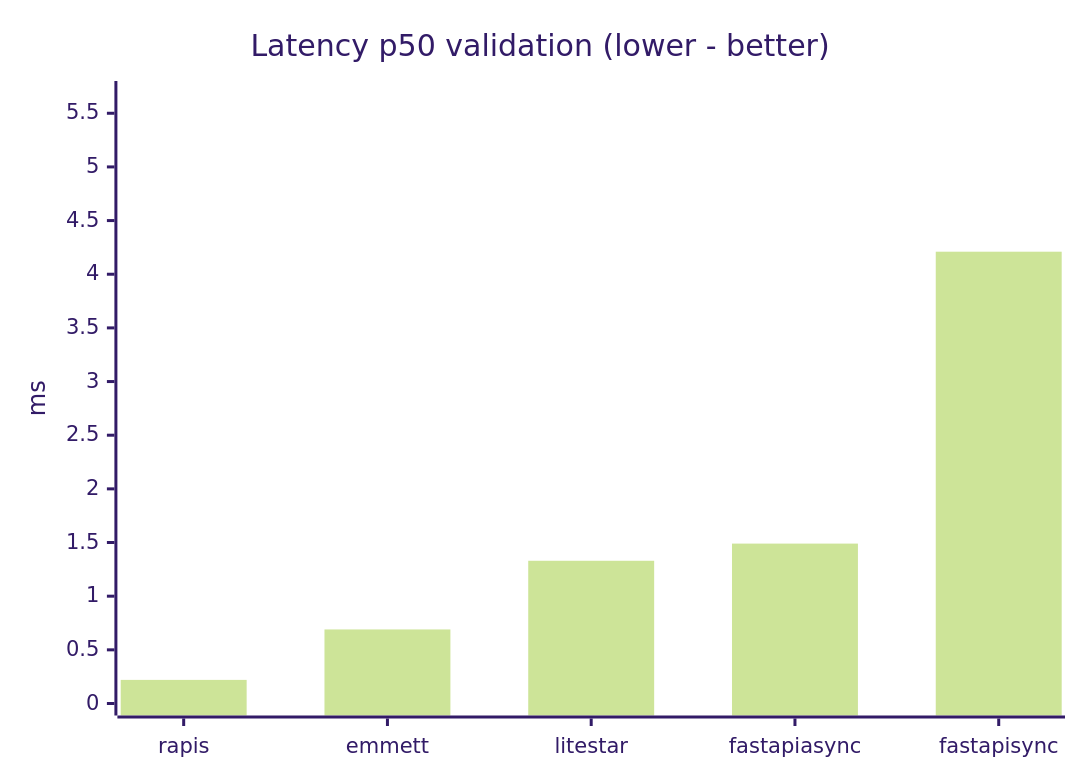
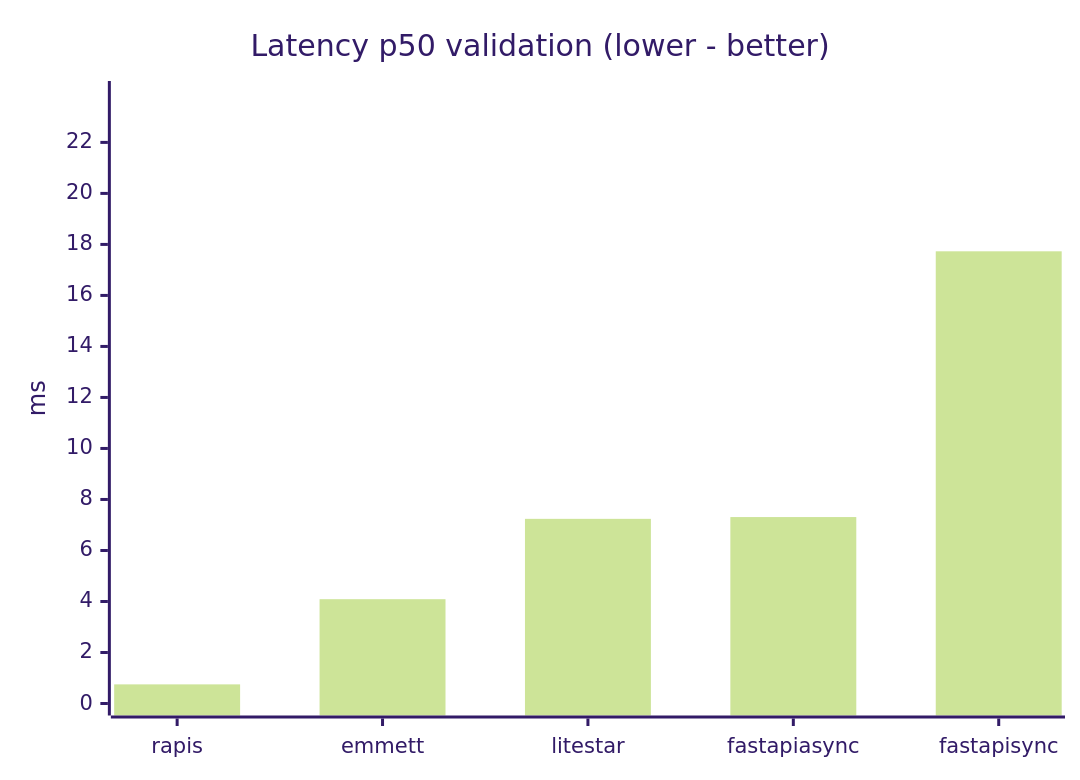
One commit to sheptalo/rapis changed the fifth of 6 diagrams in benchmarks/README.md. Above: the diagram before and after it, drawn with Mermaid (forest theme). The commit also changed other lines of this file, not shown here.

````diff
--- a/benchmarks/README.md
+++ b/benchmarks/README.md
@@ -130,7 +130,7 @@
 ```mermaid
 xychart-beta
     title "Latency p50 validation (lower - better)"
     x-axis [rapis, emmett, litestar, fastapi async, fastapi sync]
-    y-axis "ms" 0 --> 5.6888
-    bar [0.22, 0.69, 1.33, 1.49, 4.21]
+    y-axis "ms" 0 --> 23.9371
+    bar [0.75, 4.09, 7.24, 7.31, 17.73]
 ```
````
